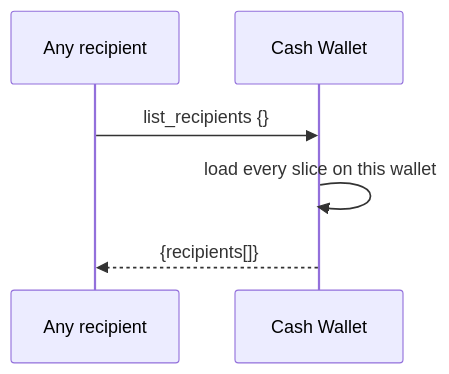
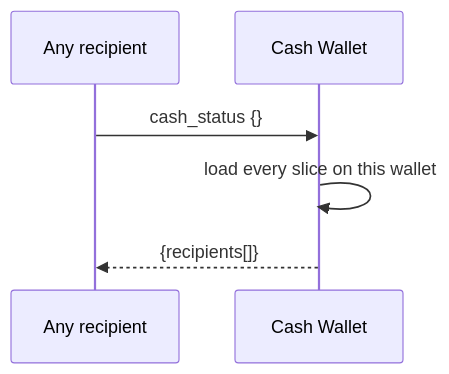
Before and after one commit to flokiorg/lokihub: the third of 8 diagrams in docs/nips/NIP-CASH.md, drawn with Mermaid. The commit also changed other lines of this file, not shown here.

First line of the commit message:
docs(nip-cash): rename the bill read method and specify the spent tombstone

````diff
--- a/docs/nips/NIP-CASH.md
+++ b/docs/nips/NIP-CASH.md
@@ -398,9 +407,9 @@
 ```mermaid
 sequenceDiagram
     participant Caller as Any recipient
     participant Wallet as Cash Wallet
 
-    Caller->>Wallet: list_recipients {}
+    Caller->>Wallet: cash_status {}
     Wallet->>Wallet: load every slice on this wallet
     Wallet-->>Caller: {recipients[]}
 ```
````
